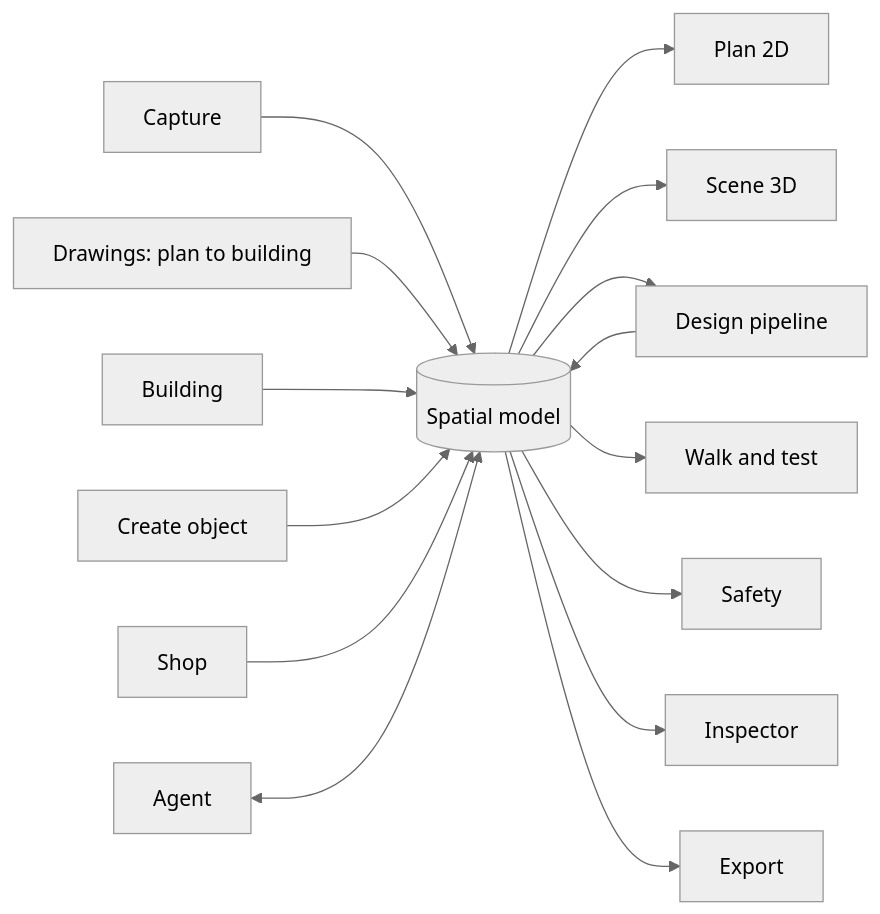
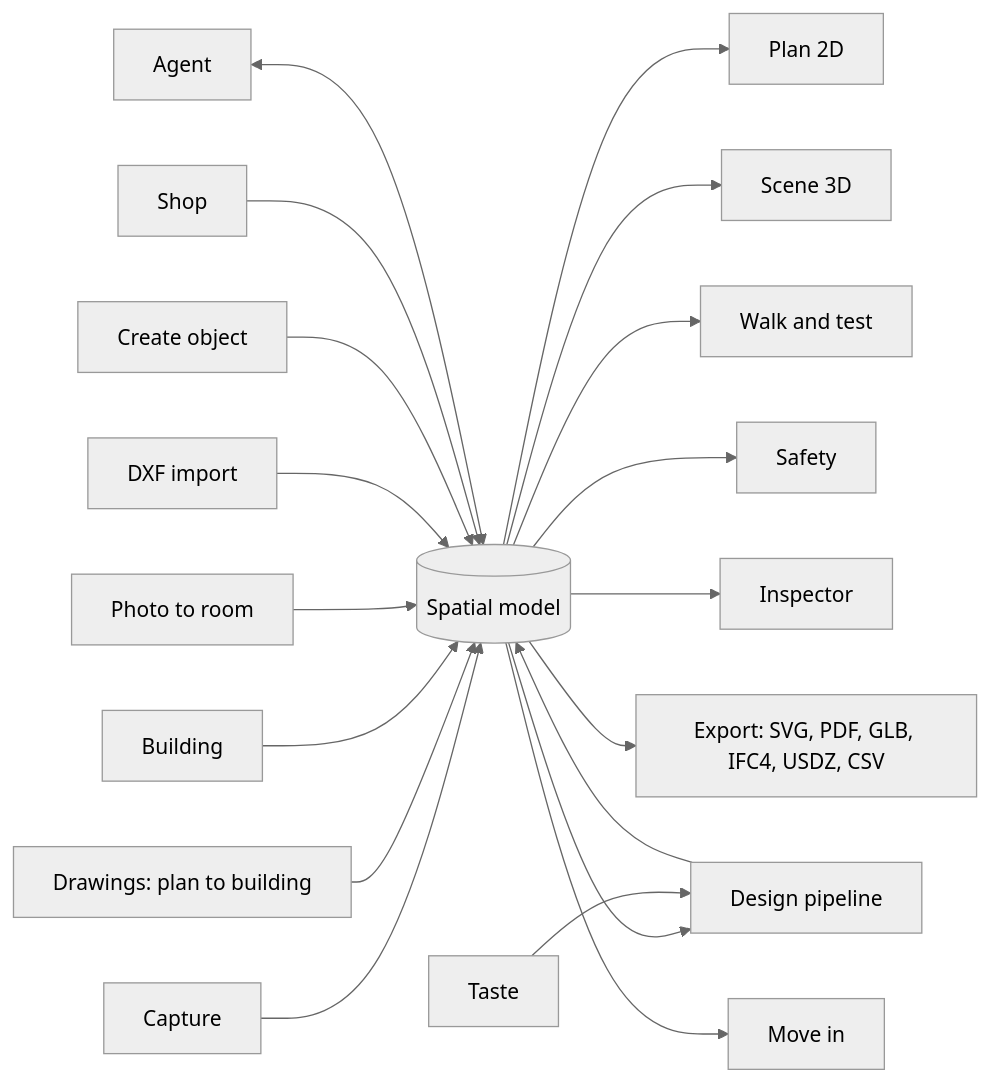
One commit to JUNCTION26/SpaceLens changed the first of 3 diagrams in README.md. Above: the diagram before and after it, drawn with Mermaid (neutral theme). The commit also changed other lines of this file, not shown here.

Commit message:
Update README for photo to room, move-in, polls, taste, rule packs, formats, AR and limits

````diff
--- a/README.md
+++ b/README.md
@@ -226,17 +262,21 @@
 ```mermaid
 flowchart LR
   C[Capture] --> M[(Spatial model)]
   D[Drawings: plan to building] --> M
   B[Building] --> M
+  PH[Photo to room] --> M
+  DX[DXF import] --> M
   F[Create object] --> M
   S[Shop] --> M
   M --> P[Plan 2D]
   M --> V[Scene 3D]
   M --> G[Design pipeline]
   G --> M
   M --> W[Walk and test]
   M --> Y[Safety]
   M --> I[Inspector]
-  M --> X[Export]
+  M --> X[Export: SVG, PDF, GLB, IFC4, USDZ, CSV]
+  M --> MV[Move in]
+  T[Taste] --> G
   A[Agent] <--> M
 ```
````
